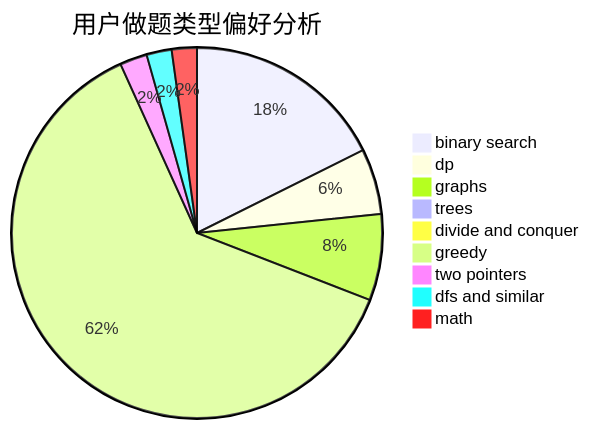
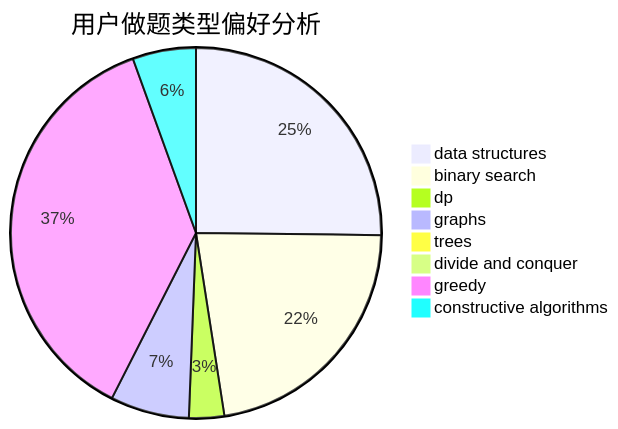
The second of 3 diagrams in docs/user/u816.md (sherpahu/cfrs.github.io), drawn with Mermaid before and after one commit. The commit also changed other lines of this file and 2775 other files, not shown here.

````diff
--- a/docs/user/u816.md
+++ b/docs/user/u816.md
@@ -23,12 +23,11 @@
 ```mermaid
 pie title 用户做题类型偏好分析
-    "binary search" :  185
-    "dp" :  60
-    "graphs" :  79
+    "data structures" :  205
+    "binary search" :  182
+    "dp" :  25
+    "graphs" :  56
     "trees" :  2
     "divide and conquer" :  0
-    "greedy" :  654
-    "two pointers" :  25
-    "dfs and similar" :  23
-    "math" :  23
+    "greedy" :  301
+    "constructive algorithms" :  45
 ```
````
